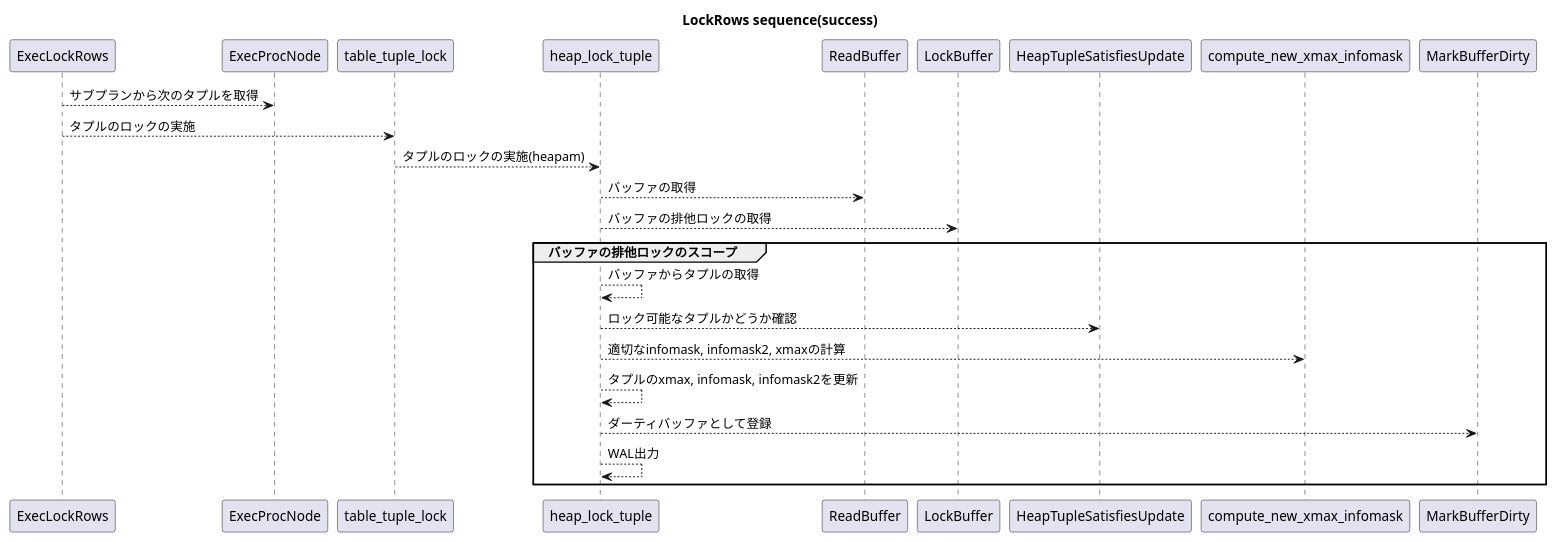
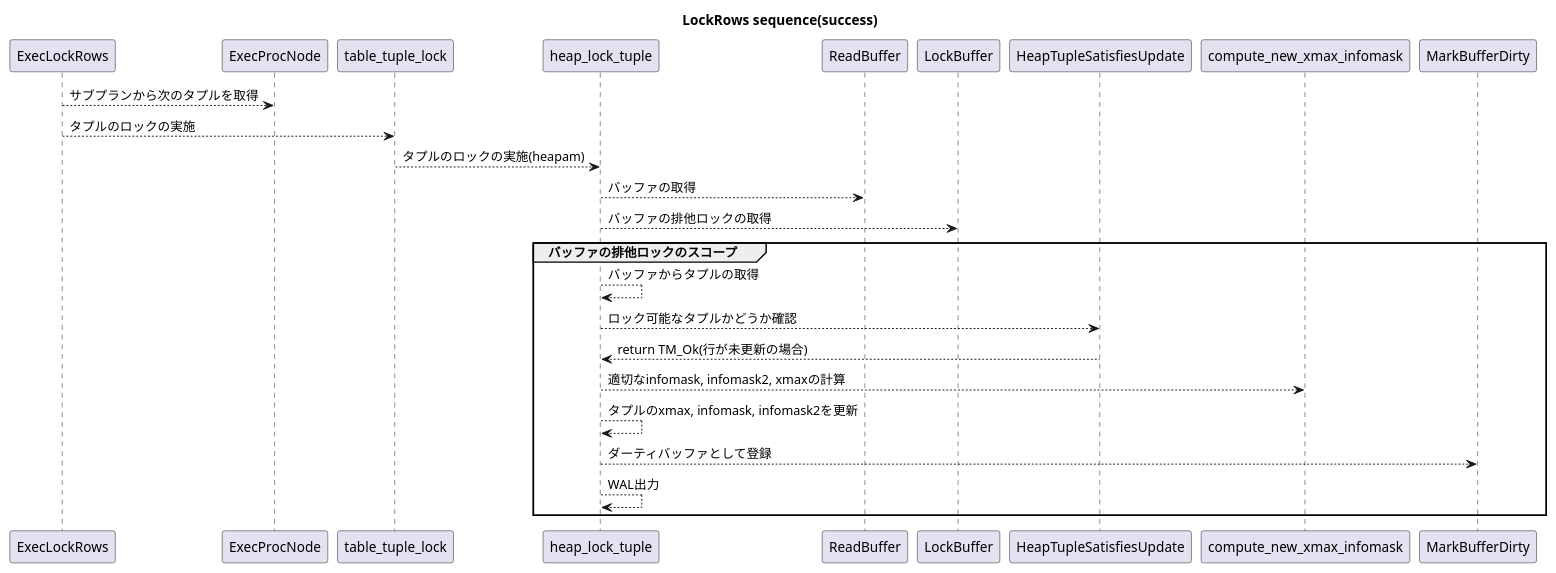
The diagram in LockRows_sequence.puml (zyake/postgres_analysis), drawn with PlantUML before and after one commit. The commit also changed 18 other files, not shown here.

Commit message:
add diagrams.

```diff
--- a/LockRows_sequence.puml
+++ b/LockRows_sequence.puml
@@ -1,18 +1,19 @@
 @startuml
 title LockRows sequence(success)
 
 ExecLockRows --> ExecProcNode : サブプランから次のタプルを取得
 ExecLockRows --> table_tuple_lock : タプルのロックの実施
 table_tuple_lock --> heap_lock_tuple : タプルのロックの実施(heapam)
 heap_lock_tuple --> ReadBuffer : バッファの取得
 heap_lock_tuple --> LockBuffer : バッファの排他ロックの取得
 group バッファの排他ロックのスコープ
     heap_lock_tuple --> heap_lock_tuple : バッファからタプルの取得
     heap_lock_tuple --> HeapTupleSatisfiesUpdate : ロック可能なタプルかどうか確認
+    HeapTupleSatisfiesUpdate --> heap_lock_tuple : return TM_Ok(行が未更新の場合)
     heap_lock_tuple --> compute_new_xmax_infomask : 適切なinfomask, infomask2, xmaxの計算
     heap_lock_tuple --> heap_lock_tuple : タプルのxmax, infomask, infomask2を更新
     heap_lock_tuple --> MarkBufferDirty : ダーティバッファとして登録
     heap_lock_tuple --> heap_lock_tuple : WAL出力
 end
 
 @enduml
```
